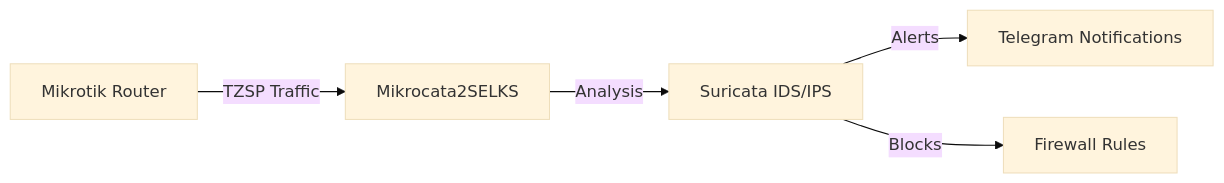
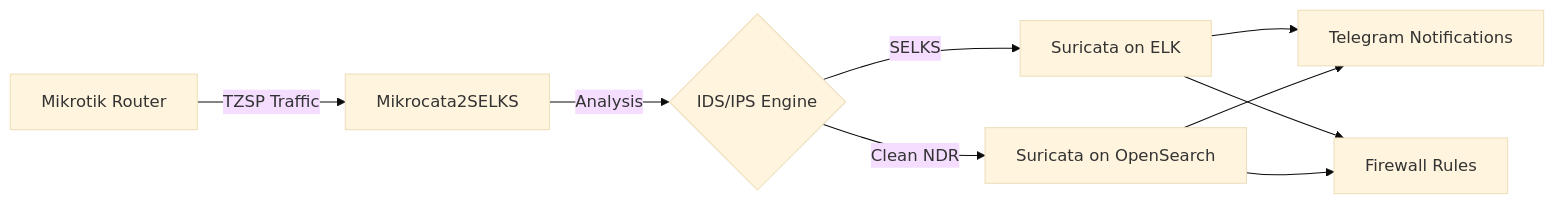
One commit to angolo40/mikrocata2selks changed the first of 2 diagrams in README.md. Above: the diagram before and after it, drawn with Mermaid (base theme). The commit also changed other lines of this file and 3 other files, not shown here.

````diff
--- a/README.md
+++ b/README.md
@@ -18,7 +20,11 @@
 ```mermaid
 graph LR
     A[Mikrotik Router] -->|TZSP Traffic| B[Mikrocata2SELKS]
-    B -->|Analysis| C[Suricata IDS/IPS]
-    C -->|Alerts| D[Telegram Notifications]
-    C -->|Blocks| E[Firewall Rules]
+    B -->|Analysis| C{IDS/IPS Engine}
+    C -- SELKS --> D[Suricata on ELK]
+    C -- Clean NDR --> E[Suricata on OpenSearch]
+    D --> F[Telegram Notifications]
+    E --> F
+    D --> G[Firewall Rules]
+    E --> G
 ```
````
